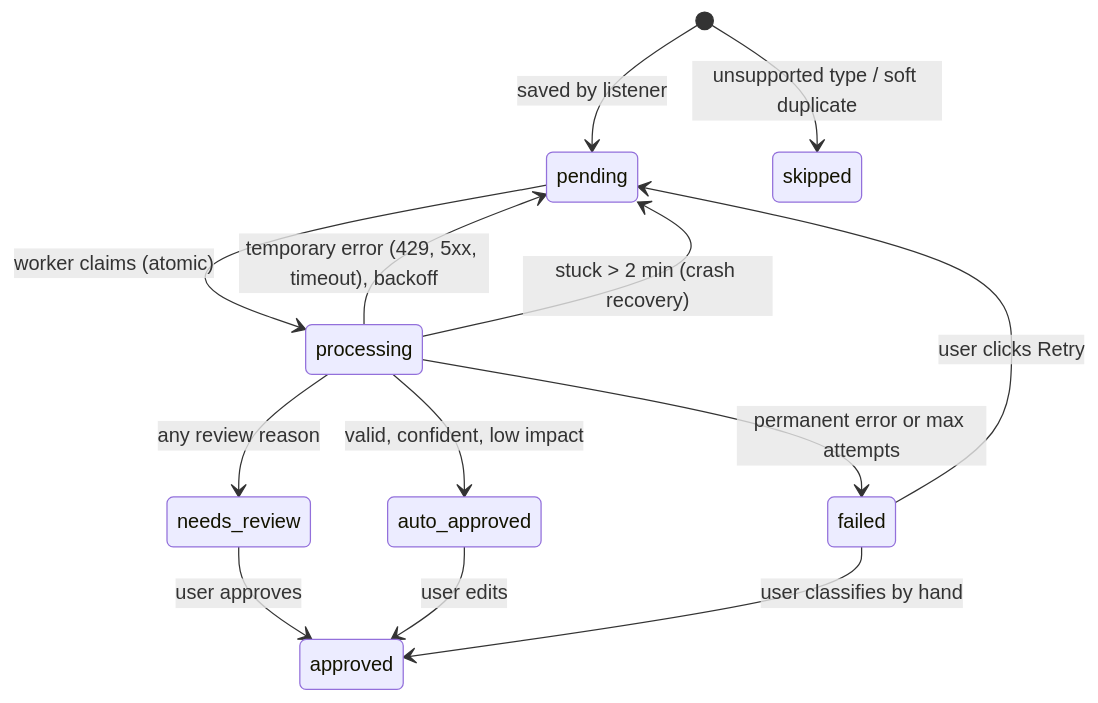
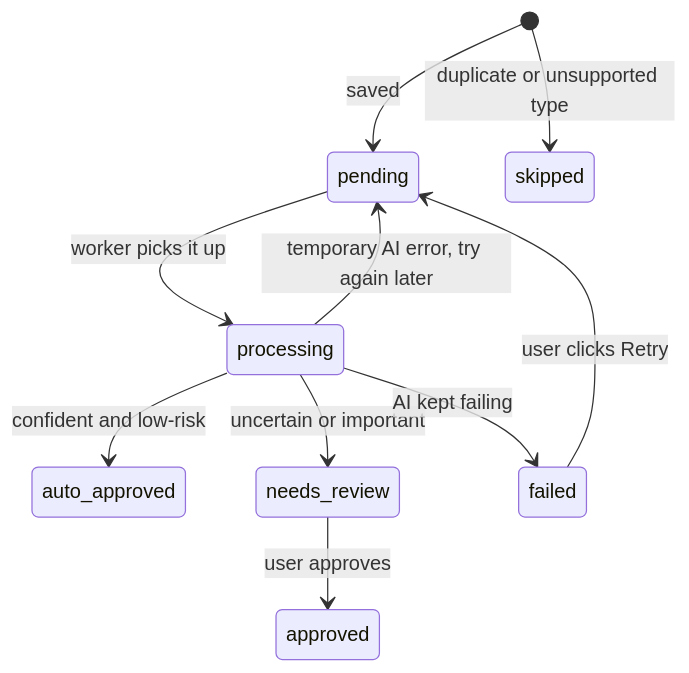
Before and after one commit to karthikeyagullapudi/whatsapp-message-intelligence: the second of 2 diagrams in docs/ARCHITECTURE.md, drawn with Mermaid. The commit also changed other lines of this file and 3 other files, not shown here.

First line of the commit message:
docs: rewrite architecture, WhatsApp, AI and limitations docs in plain language

````diff
--- a/docs/ARCHITECTURE.md
+++ b/docs/ARCHITECTURE.md
@@ -39,15 +44,12 @@
 ```mermaid
 stateDiagram-v2
-  [*] --> pending: saved by listener
-  [*] --> skipped: unsupported type / soft duplicate
-  pending --> processing: worker claims (atomic)
-  processing --> auto_approved: valid, confident, low impact
-  processing --> needs_review: any review reason
-  processing --> pending: temporary error (429, 5xx, timeout), backoff
-  processing --> failed: permanent error or max attempts
-  processing --> pending: stuck > 2 min (crash recovery)
+  [*] --> pending: saved
+  [*] --> skipped: duplicate or unsupported type
+  pending --> processing: worker picks it up
+  processing --> auto_approved: confident and low-risk
+  processing --> needs_review: uncertain or important
+  processing --> pending: temporary AI error, try again later
+  processing --> failed: AI kept failing
   failed --> pending: user clicks Retry
   needs_review --> approved: user approves
-  auto_approved --> approved: user edits
-  failed --> approved: user classifies by hand
 ```
````
